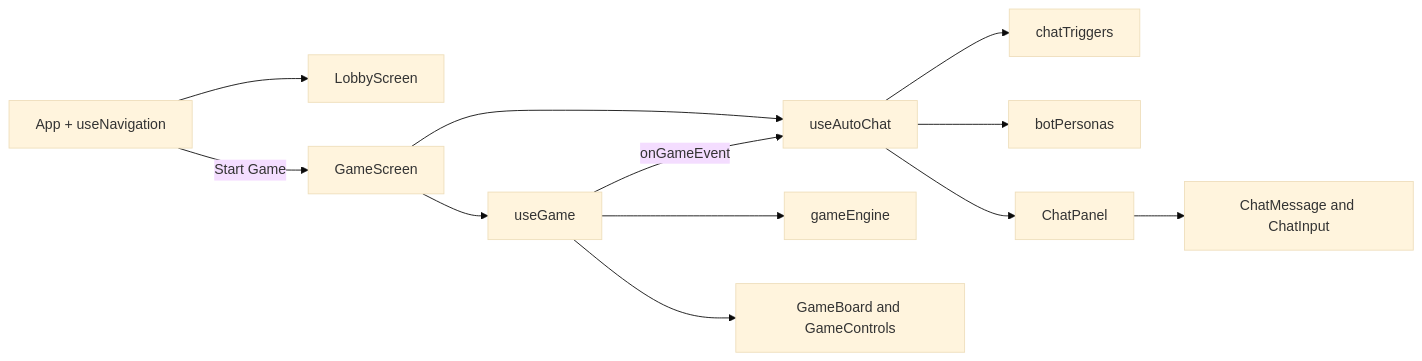
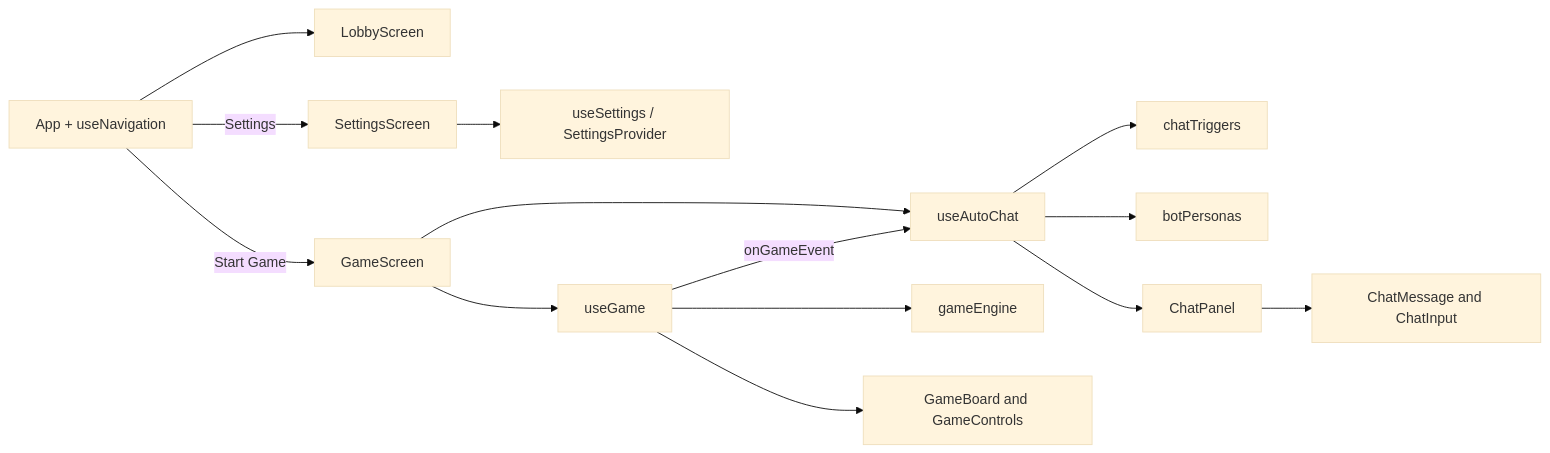
Before and after one commit to Wy07-ai/snake-and-ladder: the diagram in ARCHITECTURE.md, drawn with Mermaid (base theme). The commit also changed other lines of this file and 11 other files, not shown here.

````diff
--- a/ARCHITECTURE.md
+++ b/ARCHITECTURE.md
@@ -30,14 +36,16 @@
 ```mermaid
 flowchart LR
     A[App + useNavigation] --> L[LobbyScreen]
+    A -->|Settings| ST[SettingsScreen]
+    ST --> SP[useSettings / SettingsProvider]
     A -->|Start Game| GS[GameScreen]
     GS --> B[useGame]
     GS --> C[useAutoChat]
     B -->|onGameEvent| C
     B --> D[gameEngine]
     C --> E[chatTriggers]
     C --> F[botPersonas]
     C --> G[ChatPanel]
     G --> H[ChatMessage and ChatInput]
     B --> I[GameBoard and GameControls]
 ```
````
